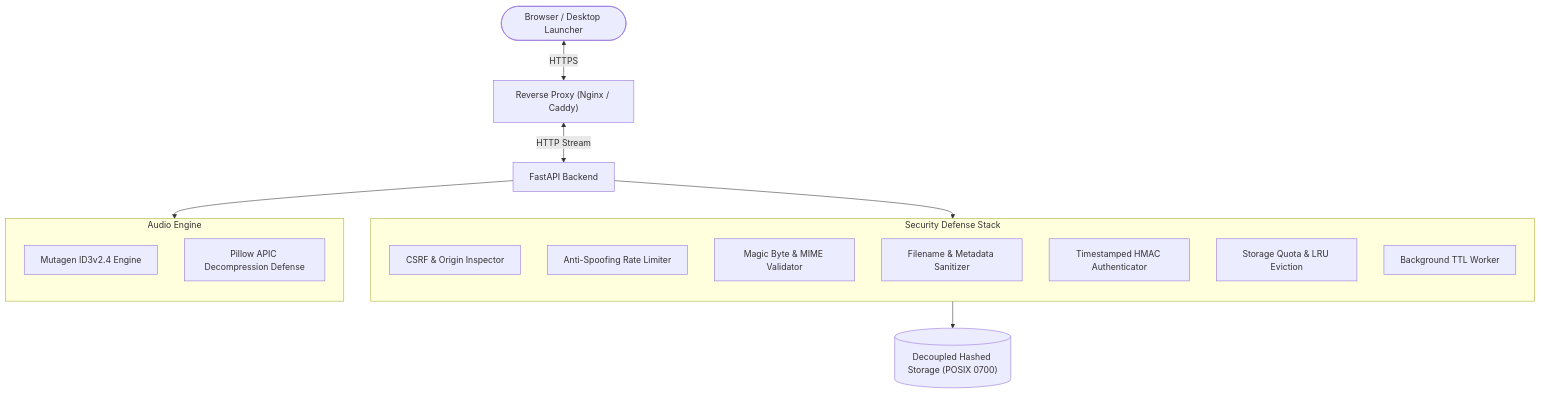
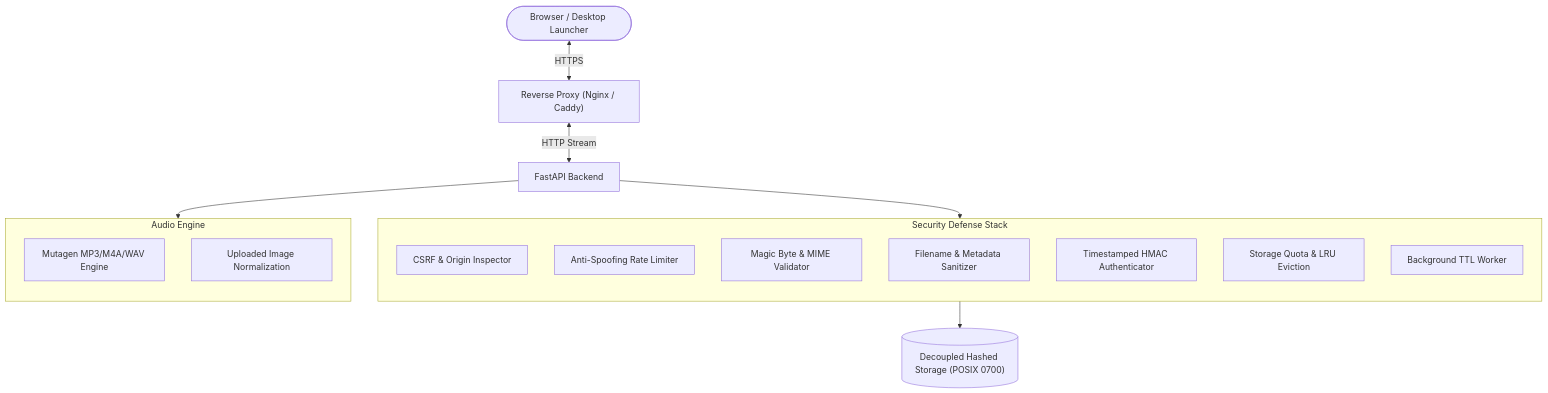
One commit to darktekmafia/MP3MetaFix changed the diagram in README.md. Above: the diagram before and after it, drawn with Mermaid. The commit also changed other lines of this file and 9 other files, not shown here.

````diff
--- a/README.md
+++ b/README.md
@@ -173,26 +181,26 @@
 ```mermaid
 graph TD
     Client(["Browser / Desktop Launcher"]) <-->|HTTPS| RP["Reverse Proxy (Nginx / Caddy)"]
     RP <-->|HTTP Stream| Backend["FastAPI Backend"]
 
     subgraph SecurityDefense["Security Defense Stack"]
         direction TB
         CSRF["CSRF & Origin Inspector"]
         RateLimit["Anti-Spoofing Rate Limiter"]
         Val["Magic Byte & MIME Validator"]
         San["Filename & Metadata Sanitizer"]
         HMAC["Timestamped HMAC Authenticator"]
         Quota["Storage Quota & LRU Eviction"]
         TTL["Background TTL Worker"]
     end
 
     subgraph AudioEngine["Audio Engine"]
         direction TB
-        Mutagen["Mutagen ID3v2.4 Engine"]
-        Pillow["Pillow APIC Decompression Defense"]
+        Mutagen["Mutagen MP3/M4A/WAV Engine"]
+        Pillow["Uploaded Image Normalization"]
     end
 
     Backend --> CSRF
     Backend --> Mutagen
     Quota --> Storage[("Decoupled Hashed Storage (POSIX 0700)")]
 ```
````
